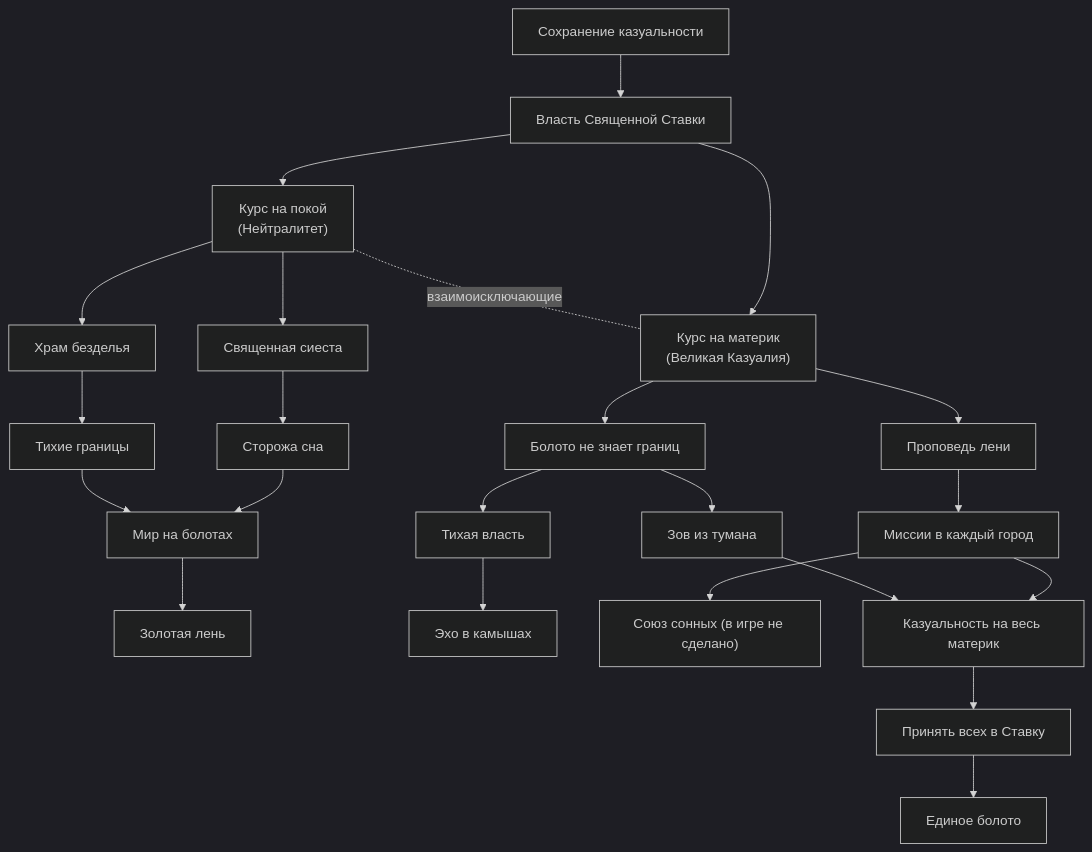
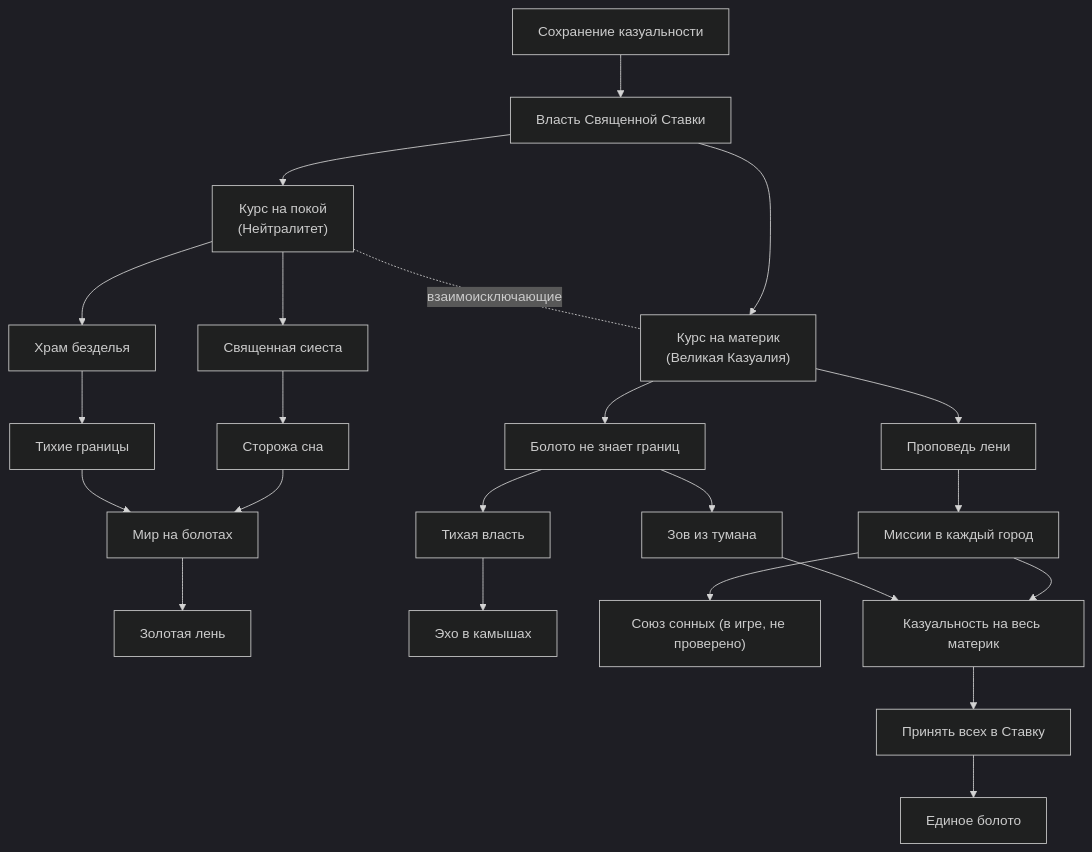
One commit to CatShredia/casuality-mod changed the second of 12 diagrams in docs/focuses/Kazualia-Focus-Tree.md. Above: the diagram before and after it, drawn with Mermaid (dark theme). The commit also changed other lines of this file and 21 other files, not shown here.

````diff
--- a/docs/focuses/Kazualia-Focus-Tree.md
+++ b/docs/focuses/Kazualia-Focus-Tree.md
@@ -71,25 +95,25 @@
 ```mermaid
 flowchart TD
     G1["Сохранение казуальности"] --> G2["Власть Священной Ставки"]
     G2 --> N1["Курс на покой<br/>(Нейтралитет)"]
     G2 --> G0["Курс на материк<br/>(Великая Казуалия)"]
     N1 -. "взаимоисключающие" .- G0
     N1 --> N2["Священная сиеста"]
     N1 --> N3["Храм безделья"]
     N2 --> N4["Сторожа сна"]
     N3 --> N5["Тихие границы"]
     N4 --> N6["Мир на болотах"]
     N5 --> N6
     N6 --> N7["Золотая лень"]
     G0 --> G3["Проповедь лени"]
     G0 --> G4["Болото не знает границ"]
     G3 --> G5["Миссии в каждый город"]
     G4 --> G6["Зов из тумана"]
     G4 --> GQ["Тихая власть"]
     GQ --> GE["Эхо в камышах"]
-    G5 --> GA["Союз сонных (в игре не сделано)"]
+    G5 --> GA["Союз сонных (в игре, не проверено)"]
     G5 --> G7["Казуальность на весь материк"]
     G6 --> G7
     G7 --> G8["Принять всех в Ставку"]
     G8 --> G9["Единое болото"]
 ```
````
